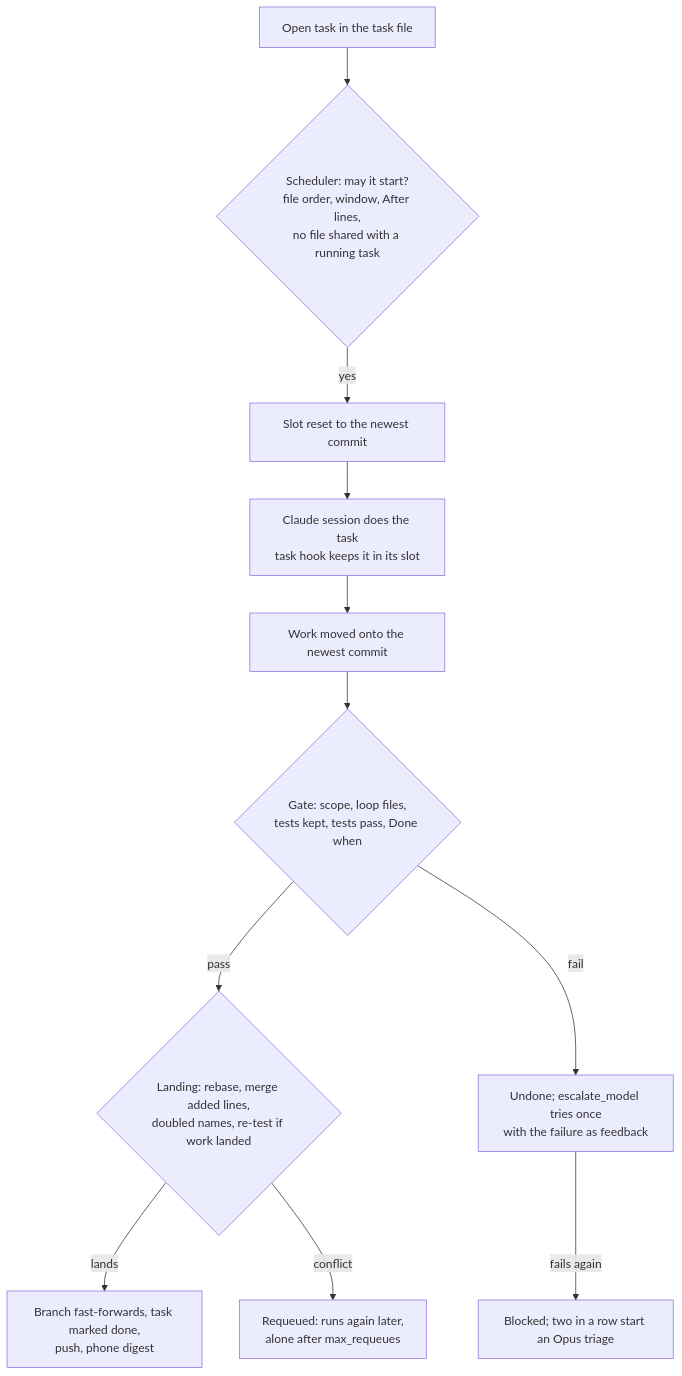
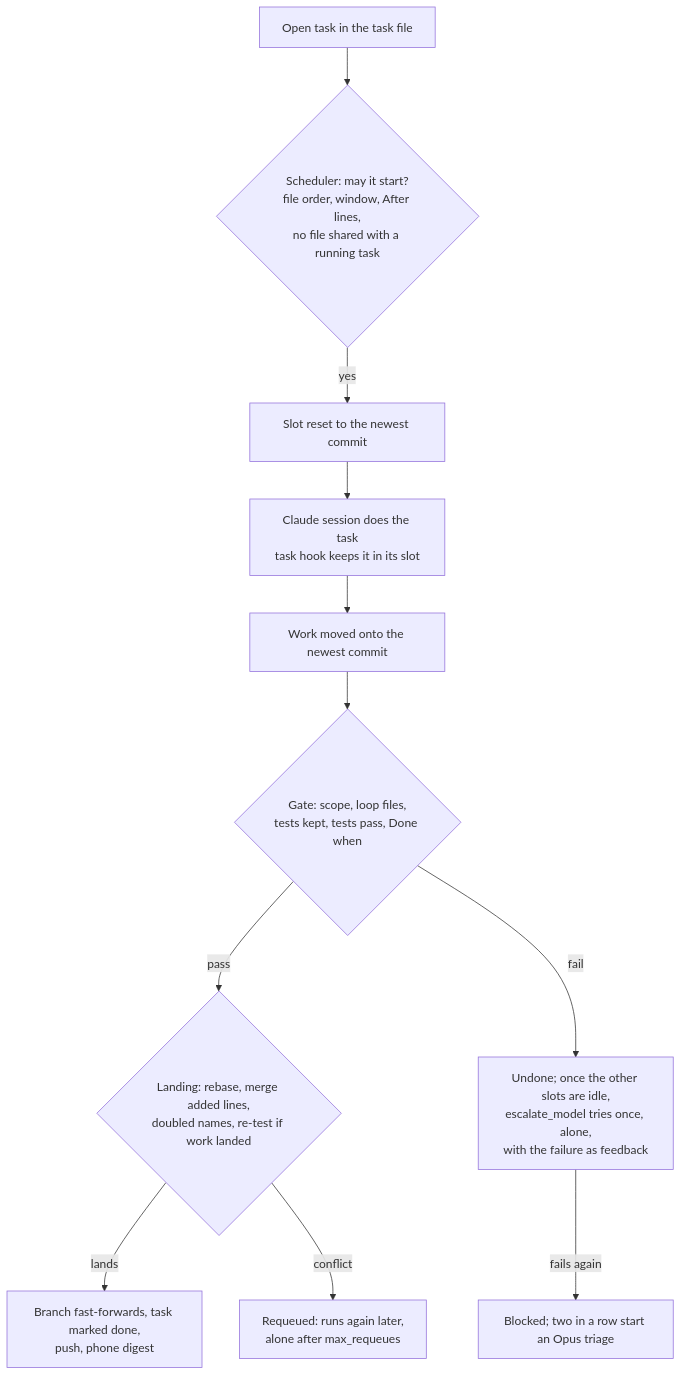
The second of 2 diagrams in README.md (JarLowrey/loop-phone-home), drawn with Mermaid before and after one commit. The commit also changed other lines of this file and 9 other files, not shown here.

First line of the commit message:
Escalations run alone; test_jobs_env shares the CPUs among the slots

````diff
--- a/README.md
+++ b/README.md
@@ -37,13 +37,13 @@
 ```mermaid
 flowchart TD
     open[Open task in the task file] --> pick{Scheduler: may it start?<br/>file order, window, After lines,<br/>no file shared with a running task}
     pick -->|yes| reset[Slot reset to the newest commit]
     reset --> session[Claude session does the task<br/>task hook keeps it in its slot]
     session --> catch[Work moved onto the newest commit]
     catch --> gate{Gate: scope, loop files,<br/>tests kept, tests pass, Done when}
     gate -->|pass| land{Landing: rebase, merge added lines,<br/>doubled names, re-test if work landed}
     land -->|lands| ff[Branch fast-forwards, task marked done,<br/>push, phone digest]
     land -->|conflict| requeue[Requeued: runs again later,<br/>alone after max_requeues]
-    gate -->|fail| retry[Undone; escalate_model tries once<br/>with the failure as feedback]
+    gate -->|fail| retry[Undone; once the other slots are idle,<br/>escalate_model tries once, alone,<br/>with the failure as feedback]
     retry -->|fails again| block[Blocked; two in a row start an Opus triage]
 ```
````
